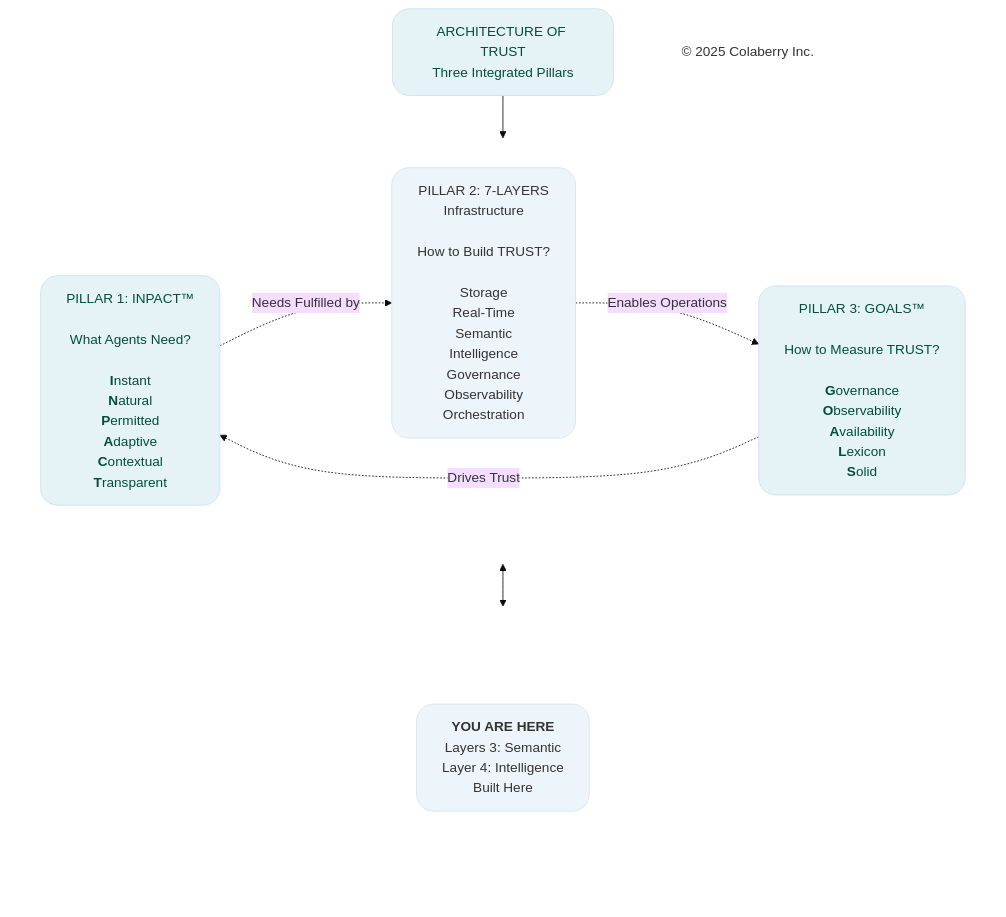
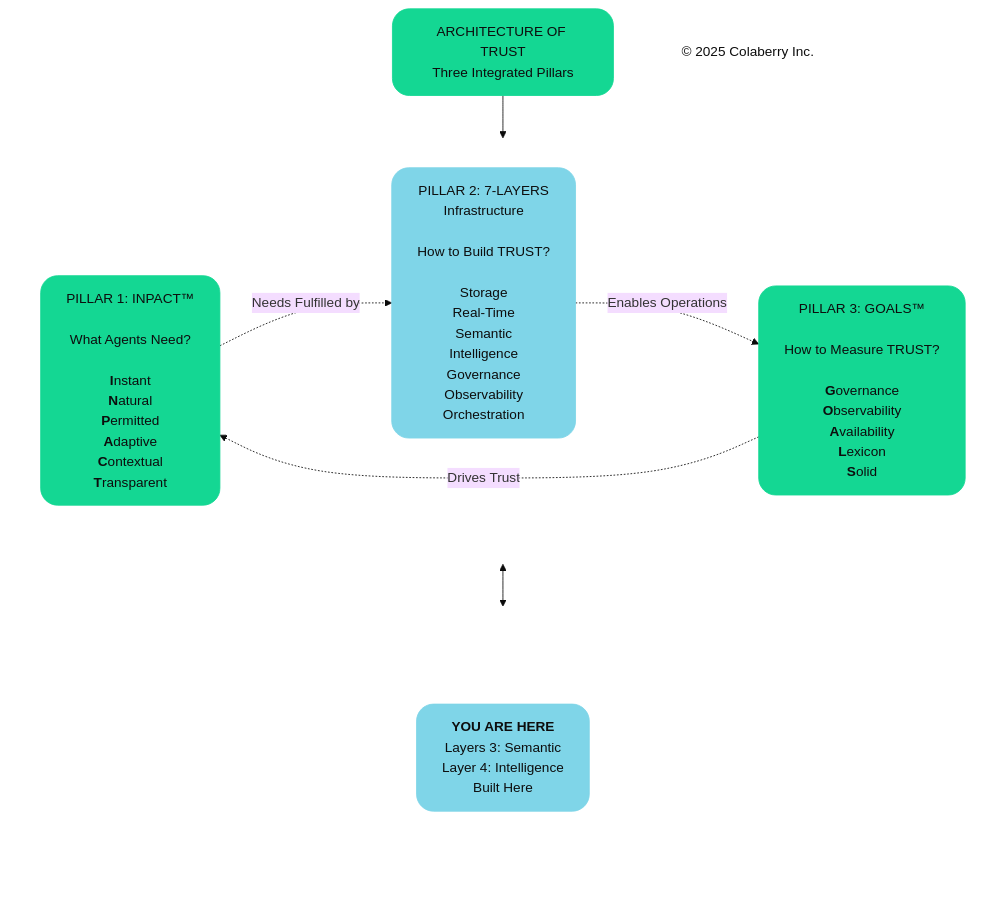
The diagram in mermaid-source/figure-5-2.mmd (saitejesh-cyber/trust-before-intelligence-book), drawn with Mermaid (base theme) before and after one commit. The commit also changed 212 other files, not shown here.

Commit message:
Apply semantic Colaberry palette across all diagram sources and PNGs

```diff
--- a/mermaid-source/figure-5-2.mmd
+++ b/mermaid-source/figure-5-2.mmd
@@ -1,40 +1,40 @@
 
 
 graph TB
     Title["ARCHITECTURE OF TRUST<br/>Three Integrated Pillars"]
     
     subgraph PILLARS[" "]
         direction LR
         INPACT["`PILLAR 1: INPACT™<br/><br/>What Agents Need?<br/><br/>**I**nstant<br/>**N**atural<br/>**P**ermitted<br/>**A**daptive<br/>**C**ontextual<br/>**T**ransparent`"]
         
         Layers["PILLAR 2: 7-LAYERS<br/>Infrastructure<br/><br/>How to Build TRUST?<br/><br/>Storage<br/>Real-Time<br/>Semantic<br/>Intelligence<br/>Governance<br/>Observability<br/>Orchestration"]
         
         GOALS["`PILLAR 3: GOALS™<br/><br/>How to Measure TRUST?<br/><br/>**G**overnance<br/>**O**bservability<br/>**A**vailability<br/>**L**exicon<br/>**S**olid`"]
     end
     
     subgraph INDICATOR[" "]
         direction LR
         Spacer1[" "]
         YouAreHere["<b>YOU ARE HERE</b><br/>Layers 3: Semantic <br/> Layer 4: Intelligence<br/> Built Here"]
         Spacer2[" "]
     end
     
     Copyright["© 2025 Colaberry Inc."]
     
     Title --> PILLARS
     PILLARS <--> INDICATOR
     
     INPACT -.->|"Needs Fulfilled by"| Layers
     Layers -.->|"Enables Operations"| GOALS
     GOALS -.->|"Drives Trust"| INPACT
 
-    style Title fill:#e6f3f6,stroke:#c7e3ea,stroke-width:1px,color:#004d40,rx:20,ry:20
+    style Title fill:#14D793,stroke:#14D793,stroke-width:1px,color:#0D0D0D,rx:20,ry:20
     style PILLARS fill:none,stroke:none
     style INDICATOR fill:none,stroke:none
-    style INPACT fill:#e6f3f6,stroke:#c7e3ea,stroke-width:1px,color:#004d40,rx:20,ry:20
-    style Layers fill:#edf4fa,stroke:#d6e4f2,stroke-width:1px,color:#333333,rx:20,ry:20
-    style GOALS fill:#e6f3f6,stroke:#c7e3ea,stroke-width:1px,color:#004d40,rx:20,ry:20
+    style INPACT fill:#14D793,stroke:#14D793,stroke-width:1px,color:#0D0D0D,rx:20,ry:20
+    style Layers fill:#7FD5E8,stroke:#7FD5E8,stroke-width:1px,color:#0D0D0D,rx:20,ry:20
+    style GOALS fill:#14D793,stroke:#14D793,stroke-width:1px,color:#0D0D0D,rx:20,ry:20
     style Spacer1 fill:none,stroke:none,color:transparent
-    style YouAreHere fill:#edf4fa,stroke:#d6e4f2,stroke-width:1px,color:#333333,rx:20,ry:20
+    style YouAreHere fill:#7FD5E8,stroke:#7FD5E8,stroke-width:1px,color:#0D0D0D,rx:20,ry:20
     style Spacer2 fill:none,stroke:none,color:transparent
-    style Copyright fill:none,stroke:none,color:#333333
+    style Copyright fill:none,stroke:none,color:#0D0D0D
```
